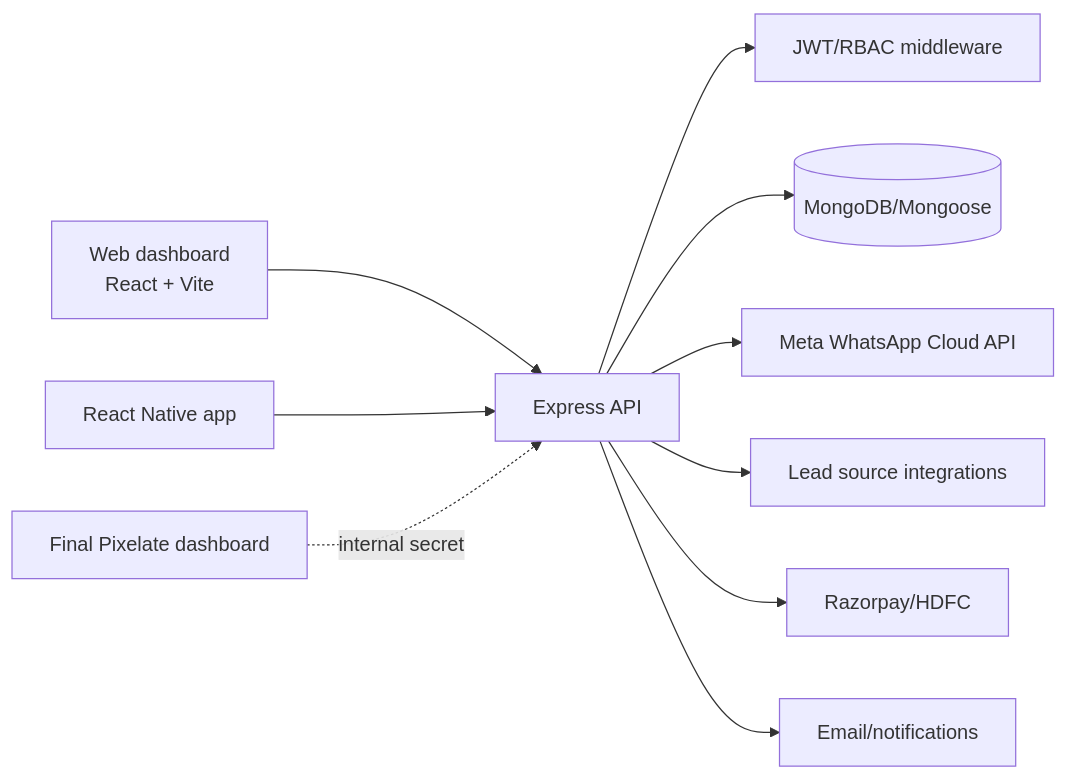
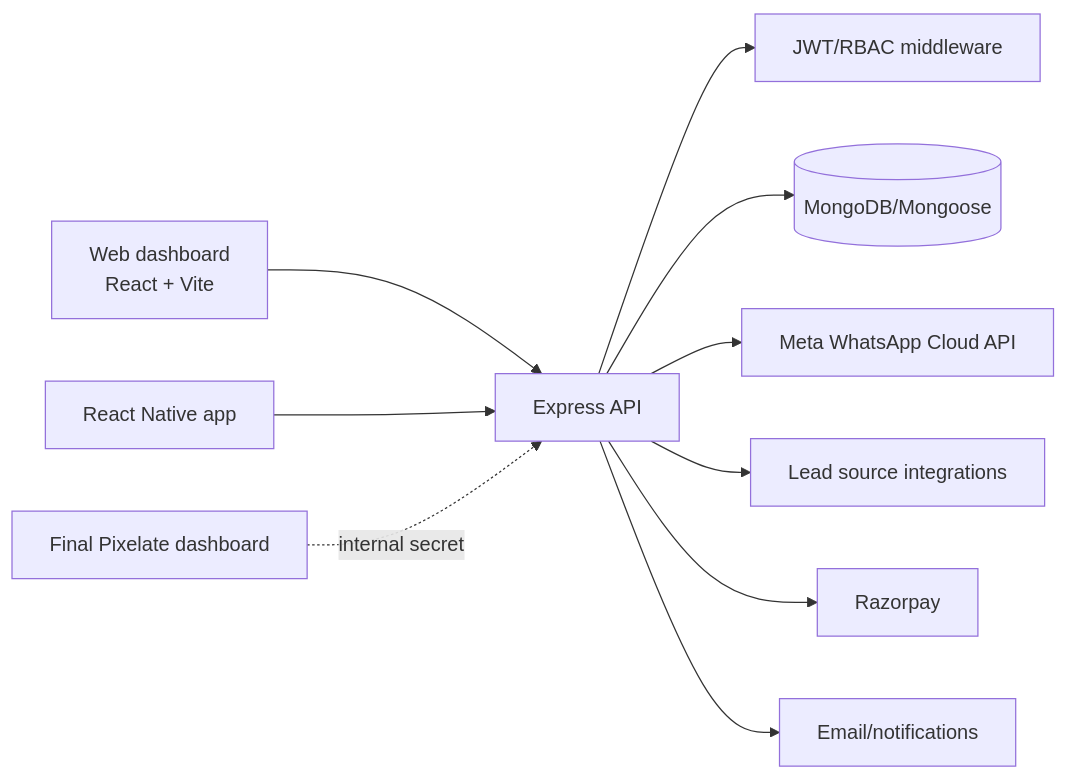
The first of 2 diagrams in docs/architecture.md (labyeye/leads-pixelate), drawn with Mermaid before and after one commit. The commit also changed 50 other files, not shown here.

````diff
--- a/docs/architecture.md
+++ b/docs/architecture.md
@@ -7,12 +7,12 @@
 ```mermaid
 flowchart LR
   Web[Web dashboard\nReact + Vite] --> API[Express API]
   Mobile[React Native app] --> API
   API --> Auth[JWT/RBAC middleware]
   API --> Mongo[(MongoDB/Mongoose)]
   API --> WA[Meta WhatsApp Cloud API]
   API --> Sources[Lead source integrations]
-  API --> Pay[Razorpay/HDFC]
+  API --> Pay[Razorpay]
   API --> Mail[Email/notifications]
   Dashboard[Final Pixelate dashboard] -. internal secret .-> API
 ```
````
